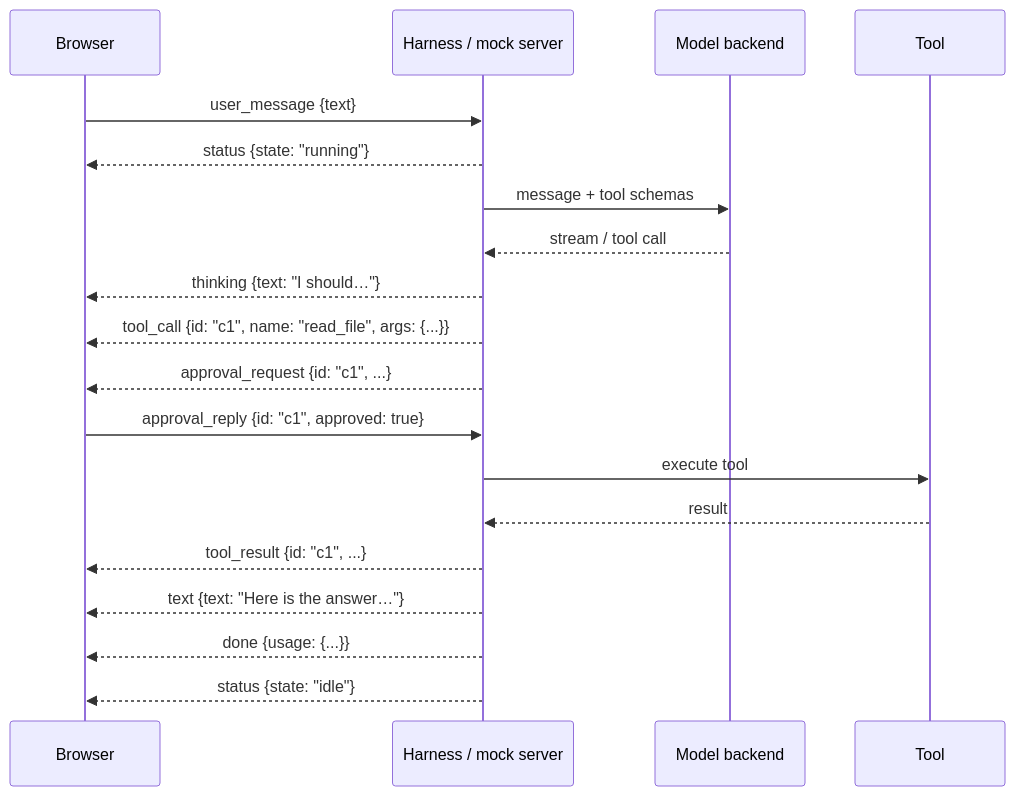
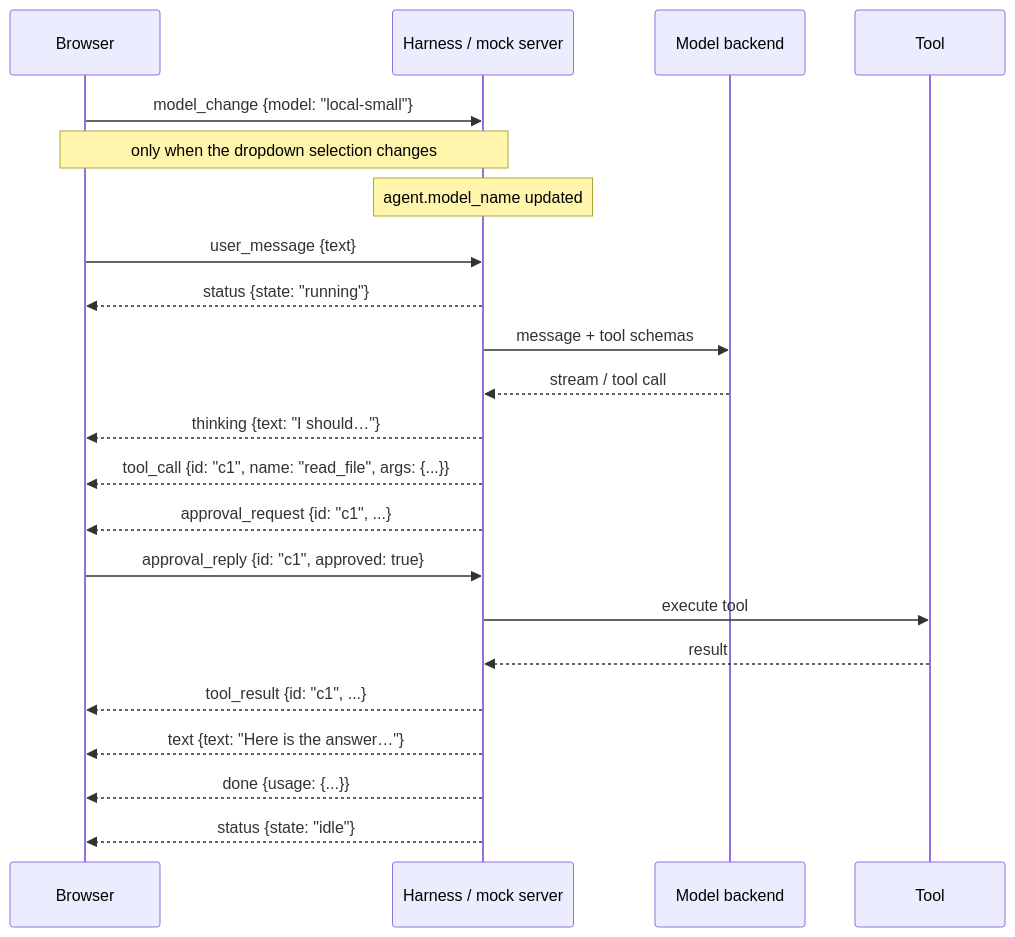
Before and after one commit to LS-Stray-Synapses/Axol: the second of 2 diagrams in docs/Architecture/Front end.md, drawn with Mermaid. The commit also changed other lines of this file and 8 other files, not shown here.

````diff
--- a/docs/Architecture/Front end.md
+++ b/docs/Architecture/Front end.md
@@ -66,22 +71,25 @@
 ```mermaid
 sequenceDiagram
     participant UI as Browser
     participant H as Harness / mock server
     participant M as Model backend
     participant T as Tool
 
+    UI->>H: model_change {model: "local-small"}
+    Note over UI,H: only when the dropdown selection changes
+    Note over H: agent.model_name updated
     UI->>H: user_message {text}
     H-->>UI: status {state: "running"}
     H->>M: message + tool schemas
     M-->>H: stream / tool call
     H-->>UI: thinking {text: "I should…"}
     H-->>UI: tool_call {id: "c1", name: "read_file", args: {...}}
     H-->>UI: approval_request {id: "c1", ...}
     UI->>H: approval_reply {id: "c1", approved: true}
     H->>T: execute tool
     T-->>H: result
     H-->>UI: tool_result {id: "c1", ...}
     H-->>UI: text {text: "Here is the answer…"}
     H-->>UI: done {usage: {...}}
     H-->>UI: status {state: "idle"}
 ```
````
